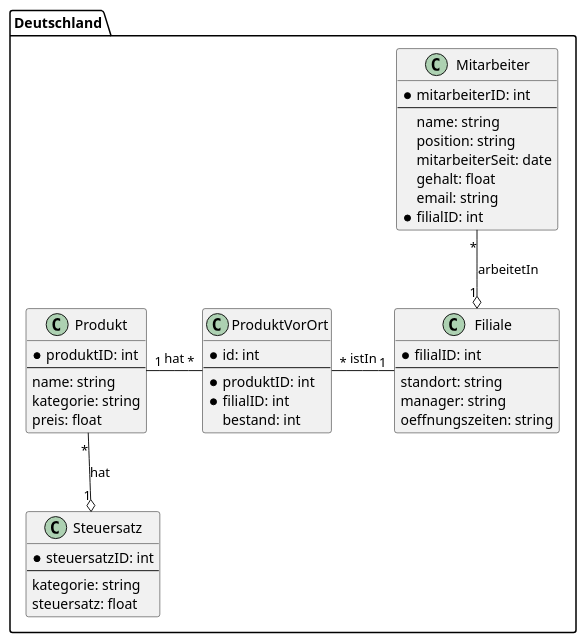
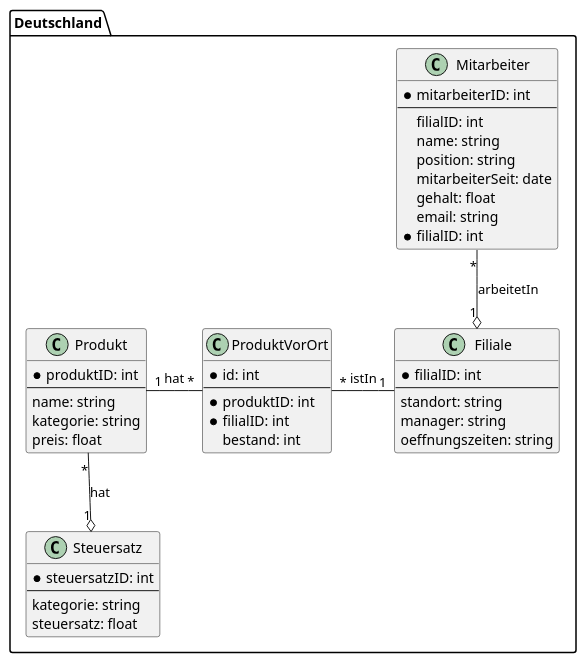
Before and after one commit to marius-a-mueller/avg-datenintegration: the diagram in Deutschland/Deutschland.plantuml, drawn with PlantUML.

```diff
--- a/Deutschland/Deutschland.plantuml
+++ b/Deutschland/Deutschland.plantuml
@@ -1,52 +1,53 @@
-@startuml Deutschland
+@startuml
 package Deutschland {
     class Mitarbeiter {
         *mitarbeiterID: int
         --
+        filialID: int
         name: string
         position: string
         mitarbeiterSeit: date
         gehalt: float
         email: string
         *filialID: int
     }
     
     class Produkt {
         *produktID: int
         --
         name: string
         kategorie: string
         preis: float
     }
     
     class Steuersatz {
         *steuersatzID: int
         --
         kategorie: string
         steuersatz: float
     }
     
     class ProduktVorOrt {
         *id: int
         --
         *produktID: int
         *filialID: int
         bestand: int
     }
     
     class Filiale {
         *filialID: int
         --
         standort: string
         manager: string
         oeffnungszeiten: string
     }
 
 Produkt "1" -right- "*" ProduktVorOrt : hat
 Filiale "1" -left- "*" ProduktVorOrt : istIn
 Mitarbeiter "*" --o "1" Filiale : arbeitetIn
 Produkt "*" --o "1" Steuersatz : hat
 
 
 }
 @enduml
```
